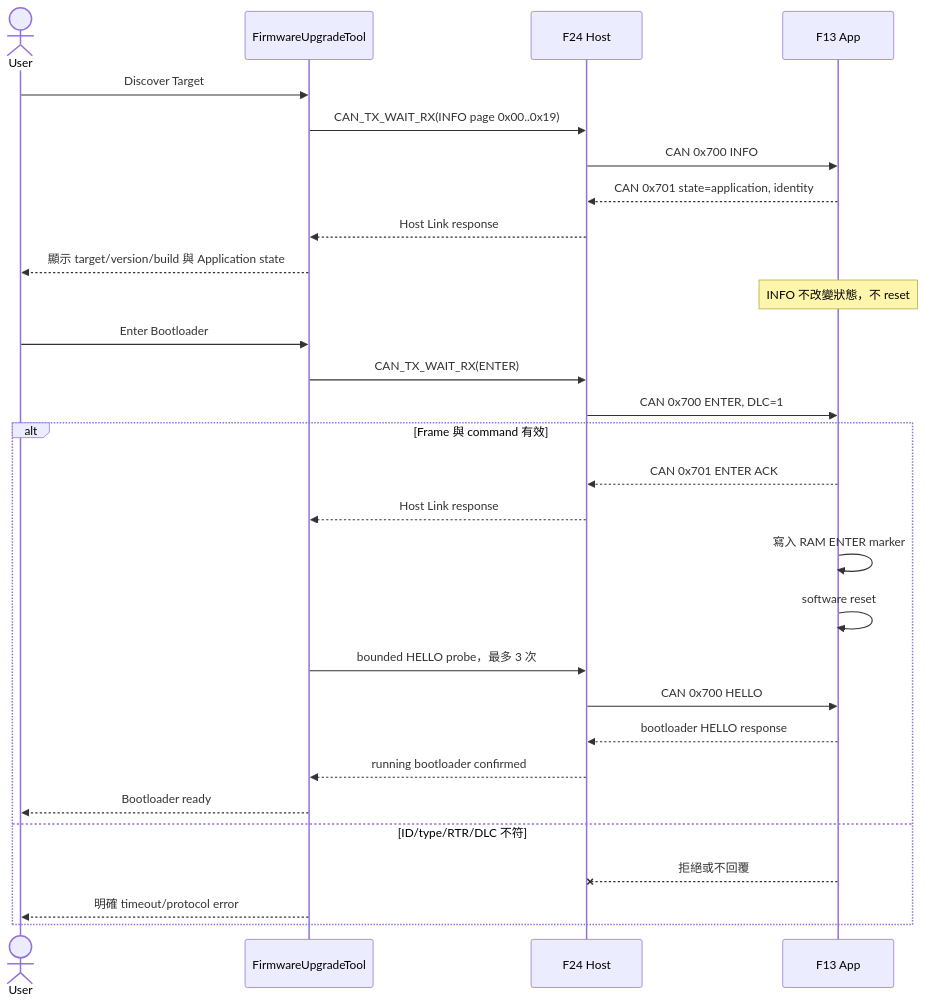
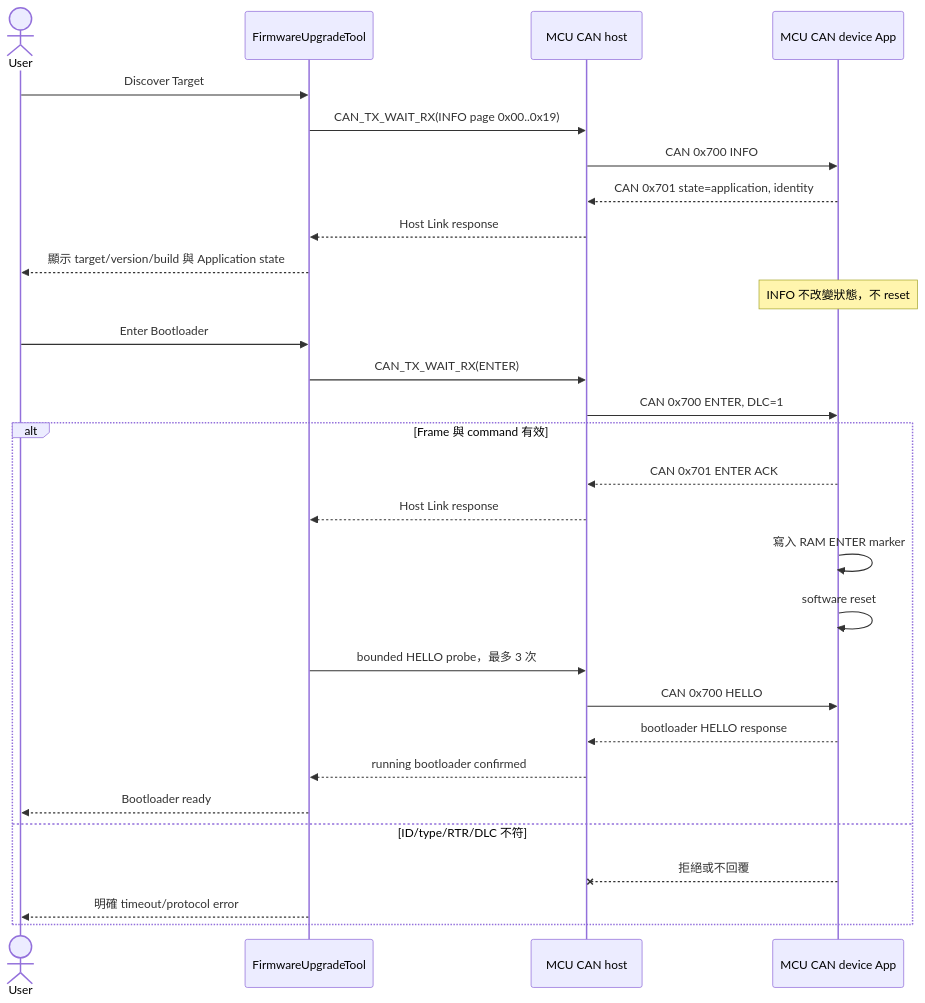
The sixth of 10 diagrams in docs/F13_BOOT_UPDATE_FLOW_zh-TW.md (released/simple_renesas_isp_tool), drawn with Mermaid before and after one commit. The commit also changed other lines of this file and 41 other files, not shown here.

````diff
--- a/docs/F13_BOOT_UPDATE_FLOW_zh-TW.md
+++ b/docs/F13_BOOT_UPDATE_FLOW_zh-TW.md
@@ -363,33 +258,33 @@
 ```mermaid
 sequenceDiagram
     actor U as User
     participant T as FirmwareUpgradeTool
-    participant H as F24 Host
-    participant A as F13 App
+    participant H as MCU CAN host
+    participant A as MCU CAN device App
 
     U->>T: Discover Target
     T->>H: CAN_TX_WAIT_RX(INFO page 0x00..0x19)
     H->>A: CAN 0x700 INFO
     A-->>H: CAN 0x701 state=application, identity
     H-->>T: Host Link response
     T-->>U: 顯示 target/version/build 與 Application state
     Note over A: INFO 不改變狀態，不 reset
 
     U->>T: Enter Bootloader
     T->>H: CAN_TX_WAIT_RX(ENTER)
     H->>A: CAN 0x700 ENTER, DLC=1
     alt Frame 與 command 有效
         A-->>H: CAN 0x701 ENTER ACK
         H-->>T: Host Link response
         A->>A: 寫入 RAM ENTER marker
         A->>A: software reset
         T->>H: bounded HELLO probe，最多 3 次
         H->>A: CAN 0x700 HELLO
         A-->>H: bootloader HELLO response
         H-->>T: running bootloader confirmed
         T-->>U: Bootloader ready
     else ID/type/RTR/DLC 不符
         A--xH: 拒絕或不回覆
         T-->>U: 明確 timeout/protocol error
     end
 ```
````
